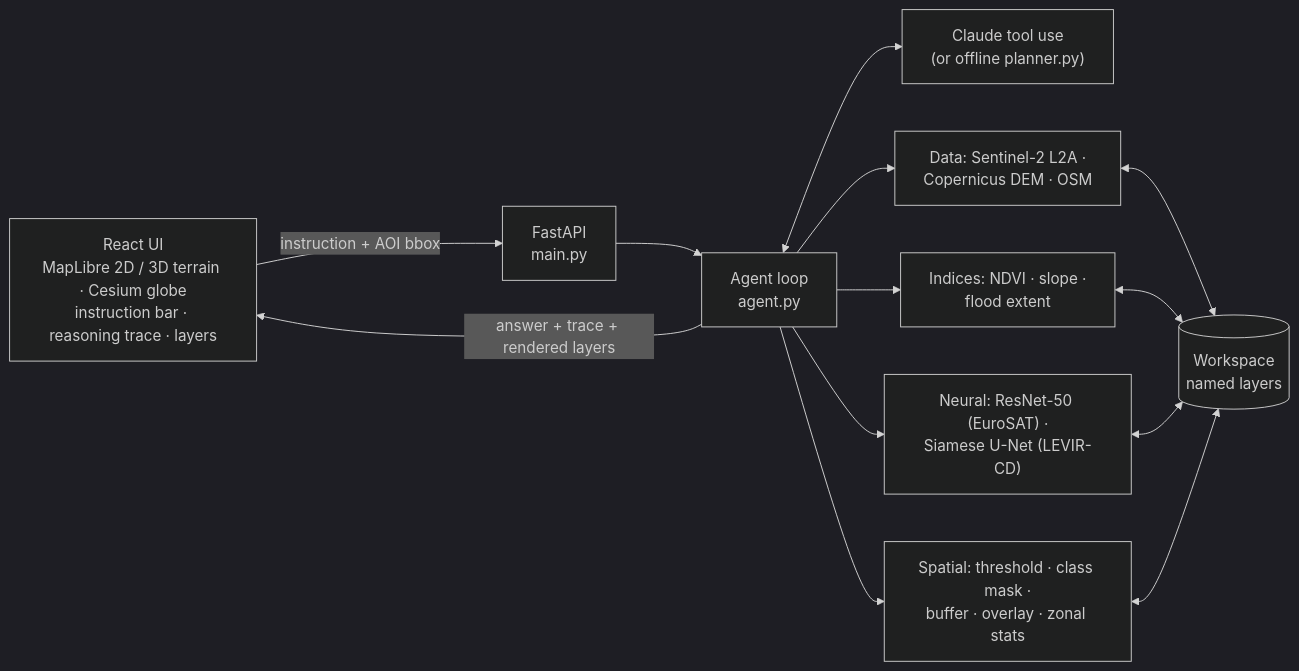
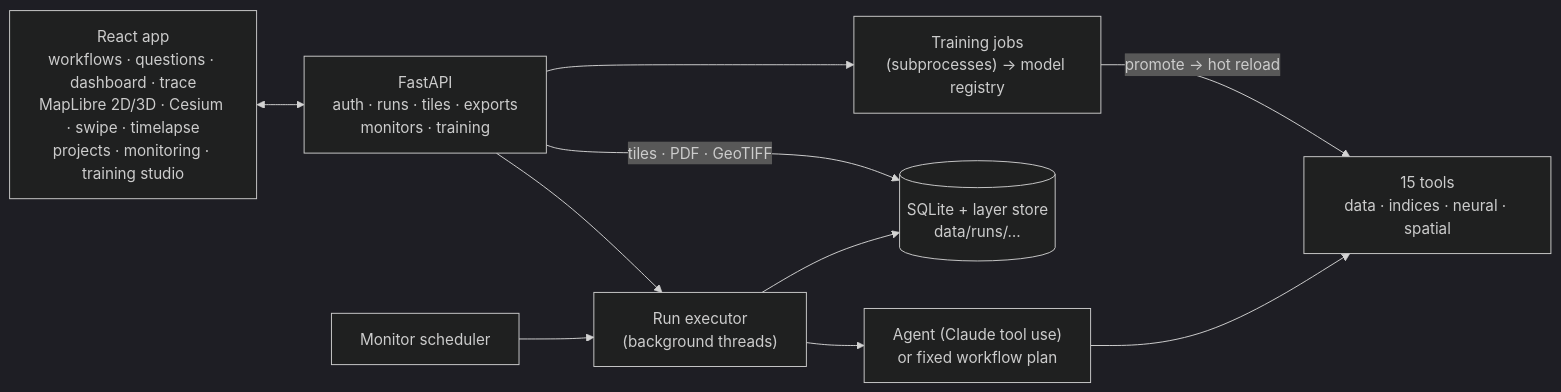
Before and after one commit to koushik2456/Geo-vla: the diagram in README.md, drawn with Mermaid (dark theme). The commit also changed other lines of this file and 28 other files, not shown here.

First line of the commit message:
Product frontend: workflows, live runs, tiles, compare, timelapse, dashboards, projects, monitoring, studio

````diff
--- a/README.md
+++ b/README.md
@@ -97,17 +154,16 @@
 ```mermaid
 flowchart LR
-    UI["React UI<br/>MapLibre 2D / 3D terrain · Cesium globe<br/>instruction bar · reasoning trace · layers"]
-    API["FastAPI<br/>main.py"]
-    AG["Agent loop<br/>agent.py"]
-    LLM["Claude tool use<br/>(or offline planner.py)"]
-    WS[("Workspace<br/>named layers")]
-    T1["Data: Sentinel-2 L2A ·<br/>Copernicus DEM · OSM"]
-    T2["Indices: NDVI · slope ·<br/>flood extent"]
-    T3["Neural: ResNet-50 (EuroSAT) ·<br/>Siamese U-Net (LEVIR-CD)"]
-    T4["Spatial: threshold · class mask ·<br/>buffer · overlay · zonal stats"]
-    UI -- "instruction + AOI bbox" --> API --> AG
-    AG <--> LLM
-    AG --> T1 & T2 & T3 & T4
-    T1 & T2 & T3 & T4 <--> WS
-    AG -- "answer + trace + rendered layers" --> UI
+    UI["React app<br/>workflows · questions · dashboard · trace<br/>MapLibre 2D/3D · Cesium · swipe · timelapse<br/>projects · monitoring · training studio"]
+    API["FastAPI<br/>auth · runs · tiles · exports<br/>monitors · training"]
+    RUN["Run executor<br/>(background threads)"]
+    AG["Agent (Claude tool use)<br/>or fixed workflow plan"]
+    T["15 tools<br/>data · indices · neural · spatial"]
+    ST[("SQLite + layer store<br/>data/runs/…")]
+    SCH["Monitor scheduler"]
+    TR["Training jobs<br/>(subprocesses) → model registry"]
+    UI <--> API --> RUN --> AG --> T
+    RUN --> ST
+    API -- "tiles · PDF · GeoTIFF" --> ST
+    SCH --> RUN
+    API --> TR -- "promote → hot reload" --> T
 ```
````
